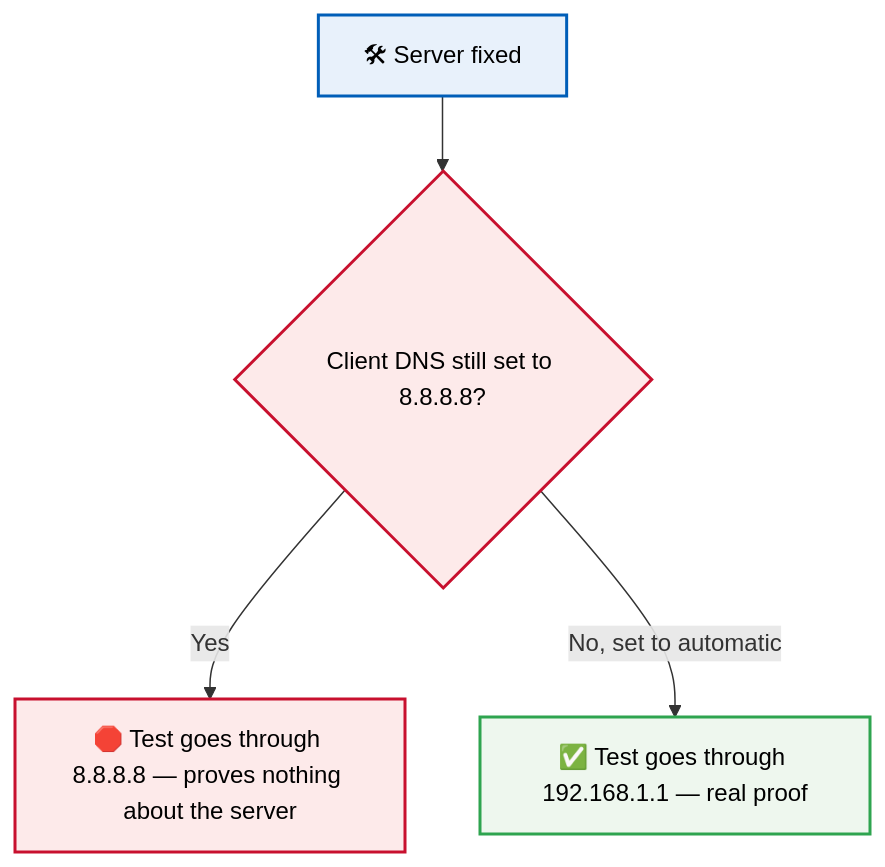
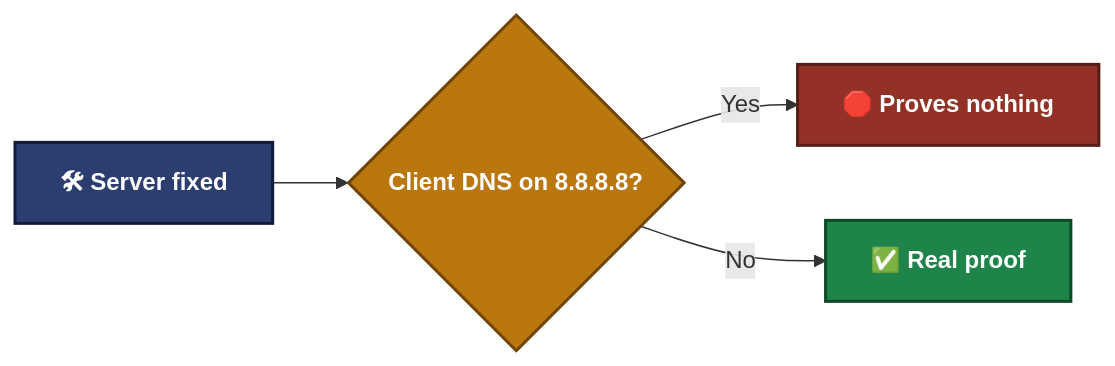
Before and after one commit to malaika-azhar/Customer-Tech-Support-Portfolio: the fourth of 6 diagrams in 02-ticket-simulations/02.1-DNS-Ticket.md, drawn with Mermaid.

````diff
--- a/02-ticket-simulations/02.1-DNS-Ticket.md
+++ b/02-ticket-simulations/02.1-DNS-Ticket.md
@@ -363,10 +363,11 @@
 ```mermaid
-flowchart TD
-    A["🛠 Server fixed"]:::work --> B{"Client DNS still set to 8.8.8.8?"}:::alert
-    B -->|Yes| C["🛑 Test goes through 8.8.8.8 — proves nothing about the server"]:::alert
-    B -->|No, set to automatic| D["✅ Test goes through 192.168.1.1 — real proof"]:::done
+flowchart LR
+    A["🛠 Server fixed"]:::work --> B{"Client DNS on 8.8.8.8?"}:::ask
+    B -->|Yes| C["🛑 Proves nothing"]:::bad
+    B -->|No| D["✅ Real proof"]:::good
 
-    classDef alert fill:#fdeaea,stroke:#C8102E,stroke-width:2px,color:#000
-    classDef work fill:#e8f1fb,stroke:#005EB8,stroke-width:2px,color:#000
-    classDef done fill:#eef7ee,stroke:#2ea44f,stroke-width:2px,color:#000
+    classDef work fill:#2C3E70,stroke:#131B3A,stroke-width:2px,color:#FFFFFF,font-weight:bold
+    classDef ask fill:#B9770E,stroke:#6E4409,stroke-width:2px,color:#FFFFFF,font-weight:bold
+    classDef bad fill:#943126,stroke:#571C16,stroke-width:2px,color:#FFFFFF,font-weight:bold
+    classDef good fill:#1E8449,stroke:#0E4A28,stroke-width:2px,color:#FFFFFF,font-weight:bold
 ```
````
